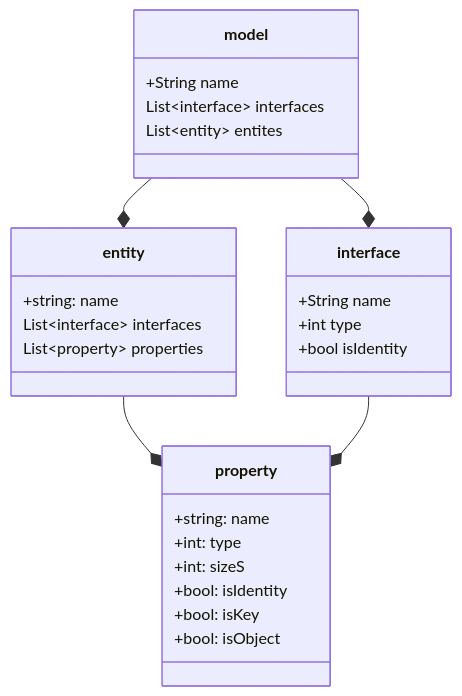
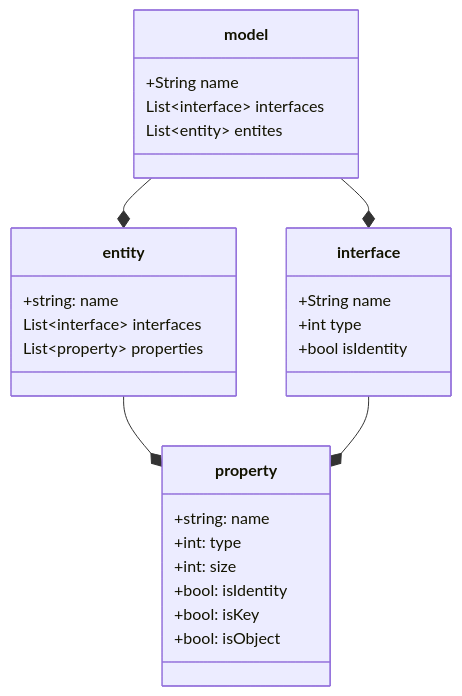
The diagram in readme.md (pblackburn68/Textrude), drawn with Mermaid before and after one commit. The commit also changed 7 other files, not shown here.

````diff
--- a/readme.md
+++ b/readme.md
@@ -7,31 +7,31 @@
 ```mermaid
 classDiagram
   model --* interface 
   model --* entity
   entity --* property  
   interface --* property  
   class model{ 
     +String name
     List~interface~ interfaces
     List~entity~ entites
   }
   
   class interface{
     +String name
     +int type
     +bool isIdentity
   }
   class property{
     +string: name
     +int: type
-    +int: sizeS
+    +int: size
     +bool: isIdentity
     +bool: isKey
     +bool: isObject
   }
   class entity{
     +string: name
     List~interface~ interfaces
     List~property~ properties
   }
 ```
````
